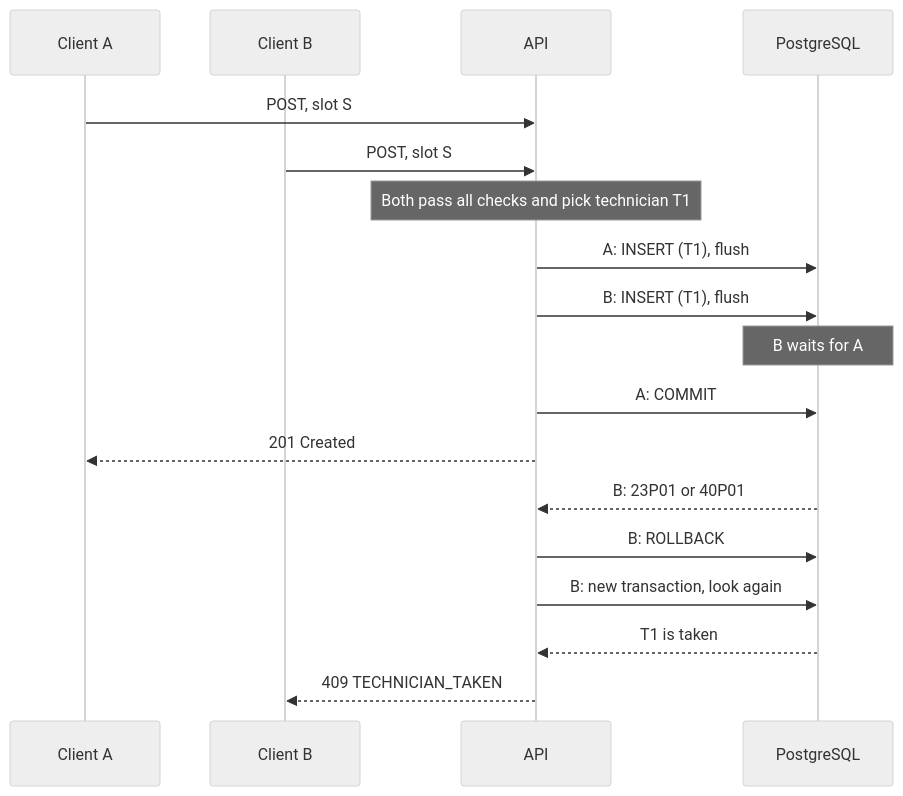
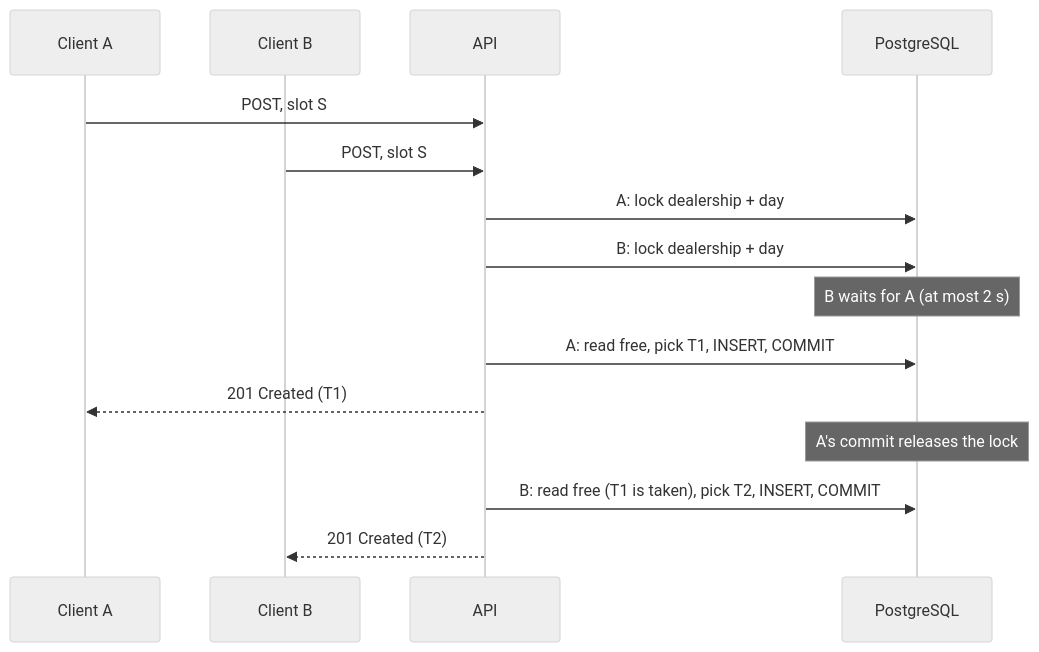
The fourth of 4 diagrams in docs/system-design.md (Atus1998/keyloop-scheduler), drawn with Mermaid (neutral theme) before and after one commit. The commit also changed other lines of this file and 3 other files, not shown here.

First line of the commit message:
docs: booking queue per dealership day

````diff
--- a/docs/system-design.md
+++ b/docs/system-design.md
@@ -281,21 +285,18 @@
 ```mermaid
 sequenceDiagram
     participant A as Client A
     participant B as Client B
     participant API
     participant DB as PostgreSQL
 
     A->>API: POST, slot S
     B->>API: POST, slot S
-    Note over API: Both pass all checks and pick technician T1
-    API->>DB: A: INSERT (T1), flush
-    API->>DB: B: INSERT (T1), flush
-    Note over DB: B waits for A
-    API->>DB: A: COMMIT
-    API-->>A: 201 Created
-    DB-->>API: B: 23P01 or 40P01
-    API->>DB: B: ROLLBACK
-    API->>DB: B: new transaction, look again
-    DB-->>API: T1 is taken
-    API-->>B: 409 TECHNICIAN_TAKEN
+    API->>DB: A: lock dealership + day
+    API->>DB: B: lock dealership + day
+    Note over DB: B waits for A (at most 2 s)
+    API->>DB: A: read free, pick T1, INSERT, COMMIT
+    API-->>A: 201 Created (T1)
+    Note over DB: A's commit releases the lock
+    API->>DB: B: read free (T1 is taken), pick T2, INSERT, COMMIT
+    API-->>B: 201 Created (T2)
 ```
````
